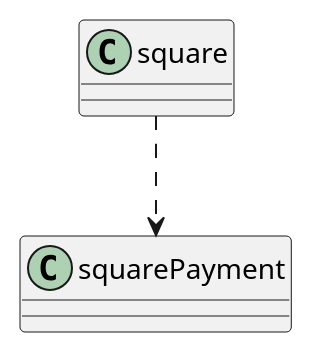
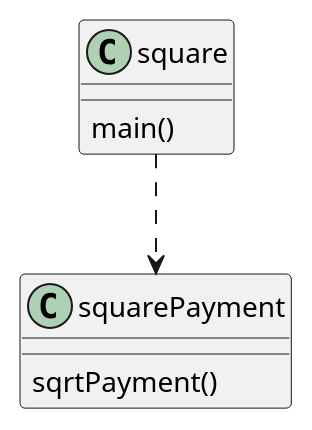
The diagram in src/main/java/diagramm.puml (Aneryd/square), drawn with PlantUML before and after one commit. The commit also changed 1 other file, not shown here.

```diff
--- a/src/main/java/diagramm.puml
+++ b/src/main/java/diagramm.puml
@@ -1,6 +1,7 @@
 @startuml
 'https://plantuml.com/sequence-diagram
 
+square : main()
 square ..> squarePayment
-
+squarePayment : sqrtPayment()
 @enduml
```
